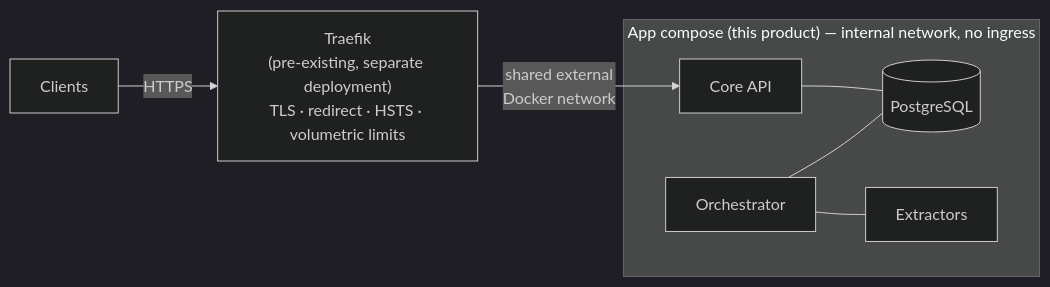
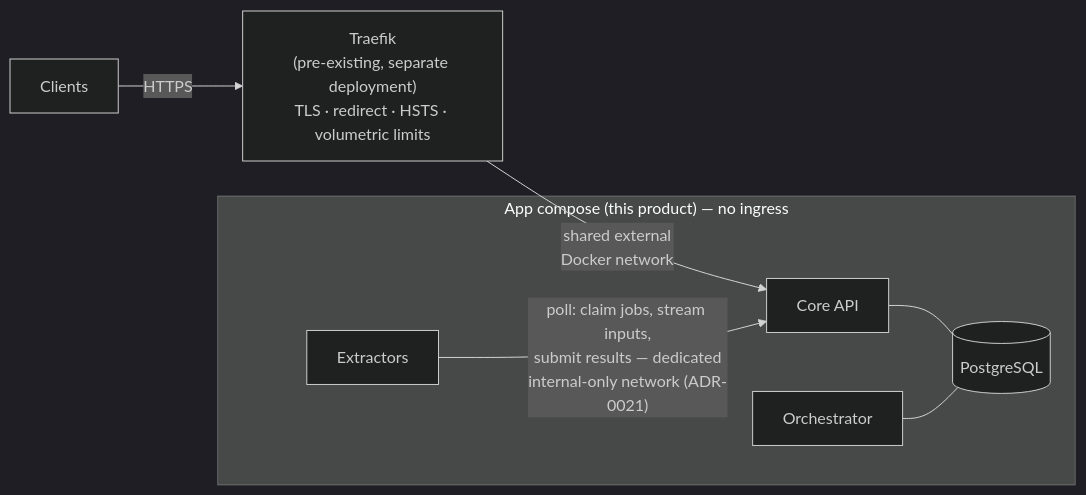
One commit to Andreas-Menzel/store-everything changed the diagram in specs/10-deployment-and-operations.md. Above: the diagram before and after it, drawn with Mermaid (dark theme). The commit also changed other lines of this file and 13 other files, not shown here.

````diff
--- a/specs/10-deployment-and-operations.md
+++ b/specs/10-deployment-and-operations.md
@@ -10,16 +10,16 @@
 ```mermaid
 flowchart LR
     C["Clients"] -->|HTTPS| TR["Traefik<br/>(pre-existing, separate deployment)<br/>TLS · redirect · HSTS · volumetric limits"]
 
-    subgraph app["App compose (this product) — internal network, no ingress"]
+    subgraph app["App compose (this product) — no ingress"]
         API["Core API"]
         ORCH["Orchestrator"]
         PG[("PostgreSQL")]
         EX["Extractors"]
     end
 
     TR -->|"shared external<br/>Docker network"| API
     API --- PG
     ORCH --- PG
-    ORCH --- EX
+    EX -->|"poll: claim jobs, stream inputs,<br/>submit results — dedicated<br/>internal-only network (ADR-0021)"| API
 ```
````
